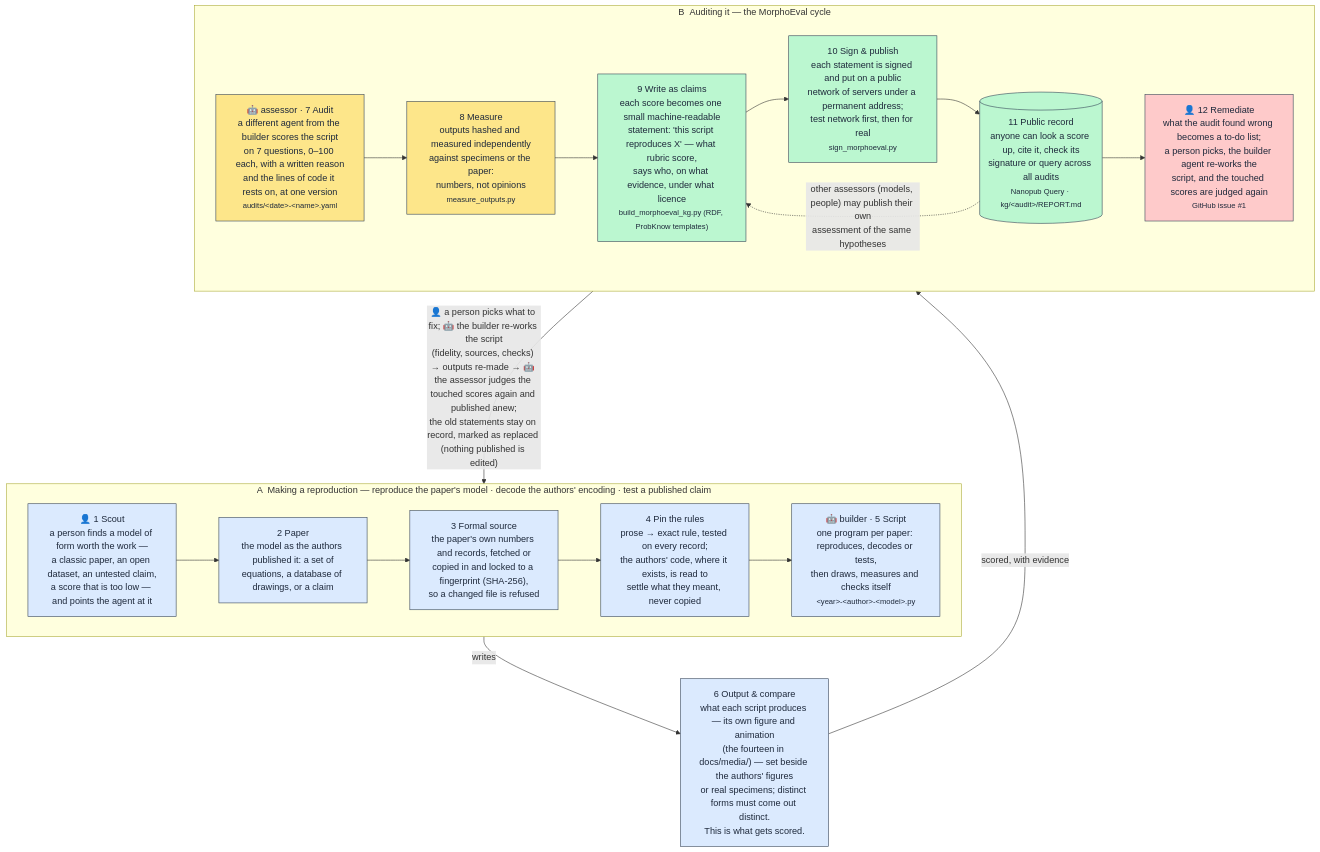
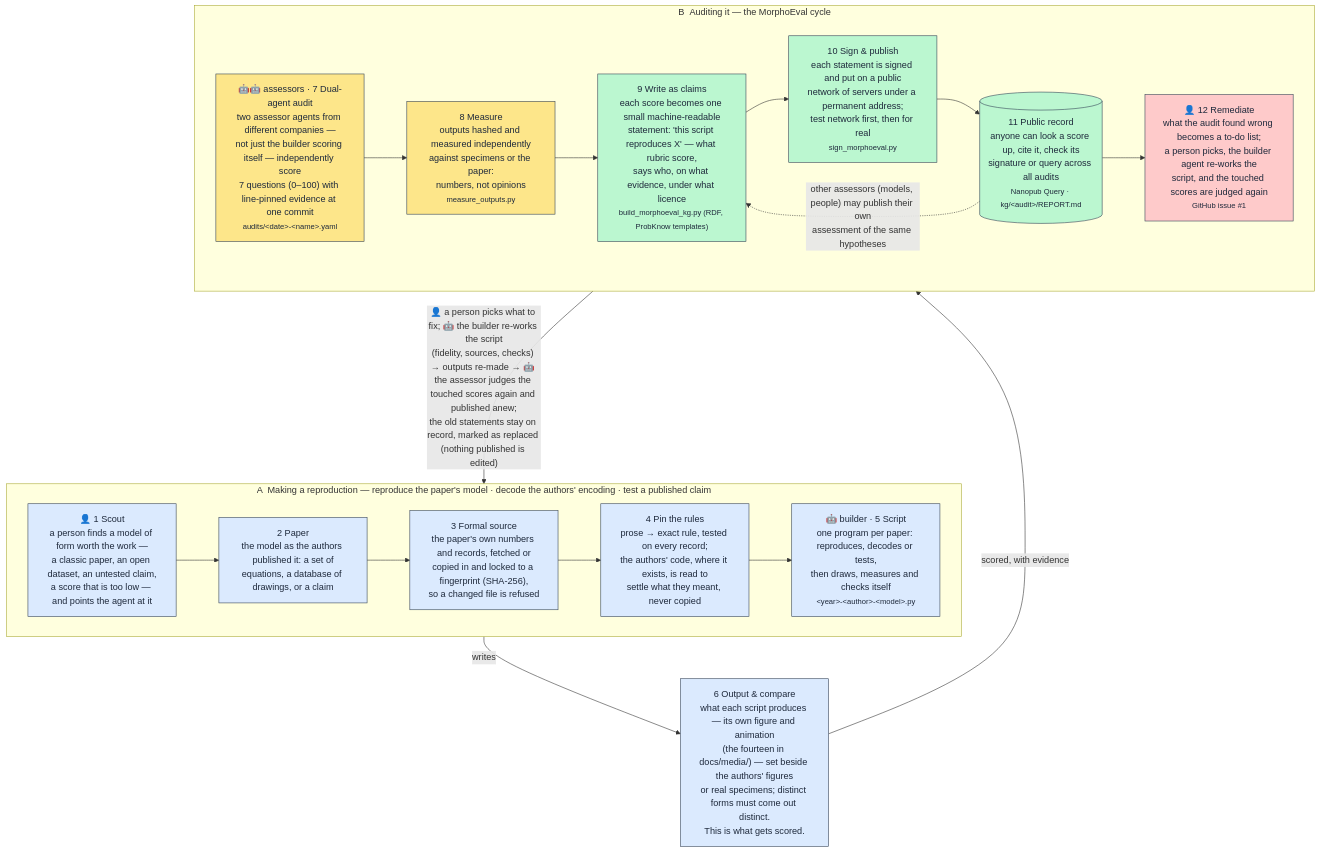
One commit to fractastical/morpholib changed the diagram in morphoeval/README.md. Above: the diagram before and after it, drawn with Mermaid. The commit also changed other lines of this file and 3 other files, not shown here.

Commit message:
README: include full Zhang et al. (2025) replication findings, datasets, and 14-paper dual-agent pipeline diagram

````diff
--- a/morphoeval/README.md
+++ b/morphoeval/README.md
@@ -67,35 +67,35 @@
 ```mermaid
 flowchart TB
     classDef build fill:#dbeafe,stroke:#334155,color:#1e293b
     classDef eval fill:#fde68a,stroke:#334155,color:#1e293b
     classDef pub fill:#bbf7d0,stroke:#334155,color:#1e293b
     classDef loop fill:#fecaca,stroke:#334155,color:#1e293b
 
     subgraph A["A &nbsp;Making a reproduction — reproduce the paper's model · decode the authors' encoding · test a published claim"]
         direction LR
         SC["👤 1 Scout<br/>a person finds a model of form worth the work —<br/>a classic paper, an open dataset, an untested claim,<br/>a score that is too low — and points the agent at it"]:::build
         P["2 Paper<br/>the model as the authors published it: a set of<br/>equations, a database of drawings, or a claim"]:::build
         S["3 Formal source<br/>the paper's own numbers and records, fetched or<br/>copied in and locked to a fingerprint (SHA-256),<br/>so a changed file is refused"]:::build
         R["4 Pin the rules<br/>prose → exact rule, tested on every record;<br/>the authors' code, where it exists, is read to<br/>settle what they meant, never copied"]:::build
         X["🤖 builder · 5 Script<br/>one program per paper: reproduces, decodes or tests,<br/>then draws, measures and checks itself<br/><small>&lt;year&gt;-&lt;author&gt;-&lt;model&gt;.py</small>"]:::build
         SC --> P --> S --> R --> X
     end
 
     O["6 Output &amp; compare<br/>what each script produces — its own figure and animation<br/>(the fourteen in docs/media/) — set beside the authors' figures<br/>or real specimens; distinct forms must come out distinct.<br/>This is what gets scored."]:::build
     X -- writes --> O
 
     subgraph B["B &nbsp;Auditing it — the MorphoEval cycle"]
         direction LR
-        AU["🤖 assessor · 7 Audit<br/>a different agent from the builder scores the script<br/>on 7 questions, 0–100 each, with a written reason<br/>and the lines of code it rests on, at one version<br/><small>audits/&lt;date&gt;-&lt;name&gt;.yaml</small>"]:::eval
+        AU["🤖🤖 assessors · 7 Dual-agent audit<br/>two assessor agents from different companies —<br/>not just the builder scoring itself — independently score<br/>7 questions (0–100) with line-pinned evidence at one commit<br/><small>audits/&lt;date&gt;-&lt;name&gt;.yaml</small>"]:::eval
         M["8 Measure<br/>outputs hashed and measured independently<br/>against specimens or the paper:<br/>numbers, not opinions<br/><small>measure_outputs.py</small>"]:::eval
         BG["9 Write as claims<br/>each score becomes one small machine-readable<br/>statement: 'this script reproduces X' — what rubric score,<br/>says who, on what evidence, under what licence<br/><small>build_morphoeval_kg.py (RDF, ProbKnow templates)</small>"]:::pub
         PU["10 Sign &amp; publish<br/>each statement is signed and put on a public<br/>network of servers under a permanent address;<br/>test network first, then for real<br/><small>sign_morphoeval.py</small>"]:::pub
         G[("11 Public record<br/>anyone can look a score up, cite it, check its<br/>signature or query across all audits<br/><small>Nanopub Query · kg/&lt;audit&gt;/REPORT.md</small>")]:::pub
         T["👤 12 Remediate<br/>what the audit found wrong becomes a to-do list;<br/>a person picks, the builder agent re-works the<br/>script, and the touched scores are judged again<br/><small>GitHub issue #1</small>"]:::loop
         AU --> M --> BG --> PU --> G --> T
     end
 
     O -- scored, with evidence --> AU
     T -- "👤 a person picks what to fix; 🤖 the builder re-works the script<br/>(fidelity, sources, checks) → outputs re-made → 🤖 the assessor judges the touched scores again and published anew;<br/>the old statements stay on record, marked as replaced (nothing published is edited)" --> X
     G -. other assessors (models, people) may publish their own<br/>assessment of the same hypotheses .-> BG
 ```
````
